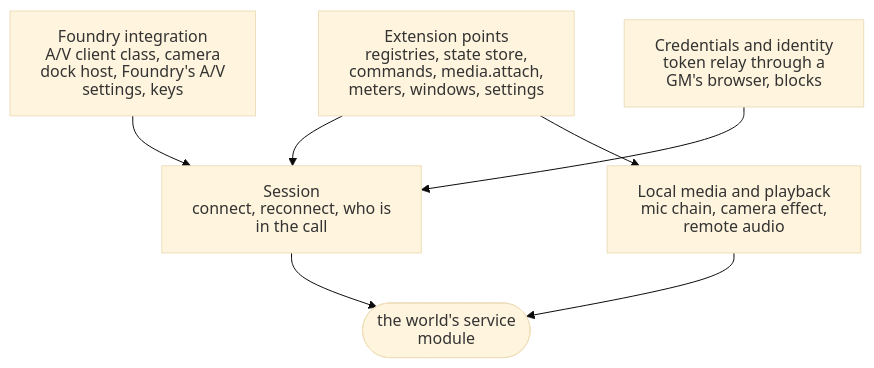
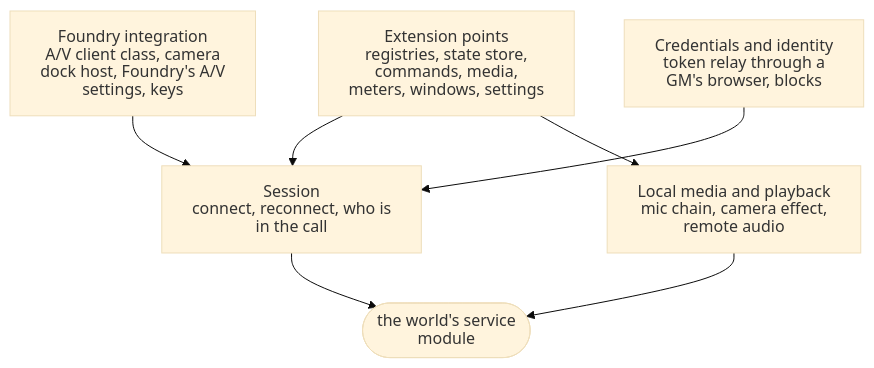
Before and after one commit to Affid/modular-av: the second of 5 diagrams in docs/ARCHITECTURE.md, drawn with Mermaid (base theme). The commit also changed other lines of this file and 16 other files, not shown here.

````diff
--- a/docs/ARCHITECTURE.md
+++ b/docs/ARCHITECTURE.md
@@ -132,17 +133,17 @@
 ```mermaid
 %%{init: {"htmlLabels": false, "flowchart": {"htmlLabels": false}}}%%
 flowchart TB
-  api["Extension points<br/>registries, state store, commands, media.attach, meters, windows, settings"]
+  api["Extension points<br/>registries, state store, commands, media, meters, windows, settings"]
   foundry["Foundry integration<br/>A/V client class, camera dock host, Foundry's A/V settings, keys"]
   auth["Credentials and identity<br/>token relay through a GM's browser, blocks"]
   session["Session<br/>connect, reconnect, who is in the call"]
   media["Local media and playback<br/>mic chain, camera effect, remote audio"]
   service(["the world's service module"])
 
   api --> session
   api --> media
   foundry --> session
   auth --> session
   session --> service
   media --> service
 ```
````
